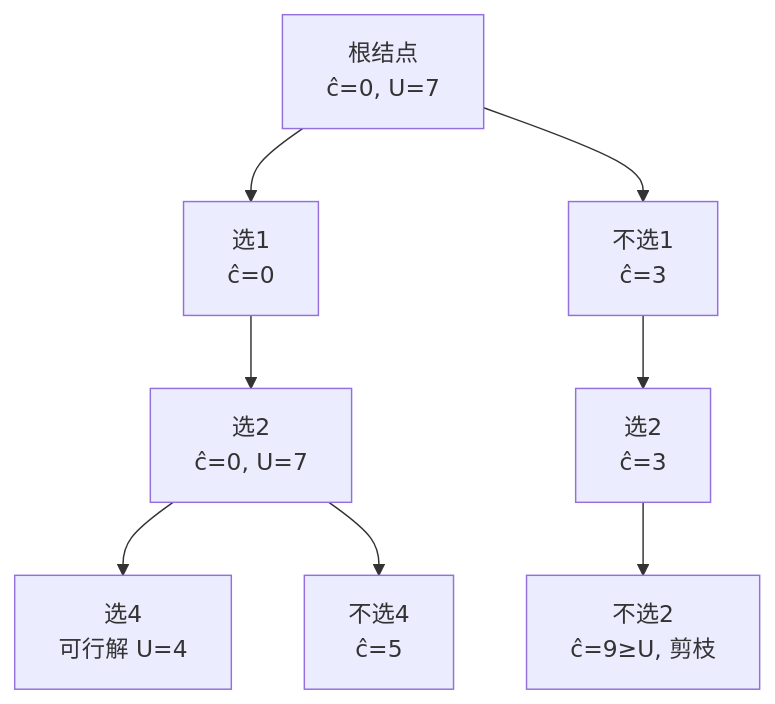
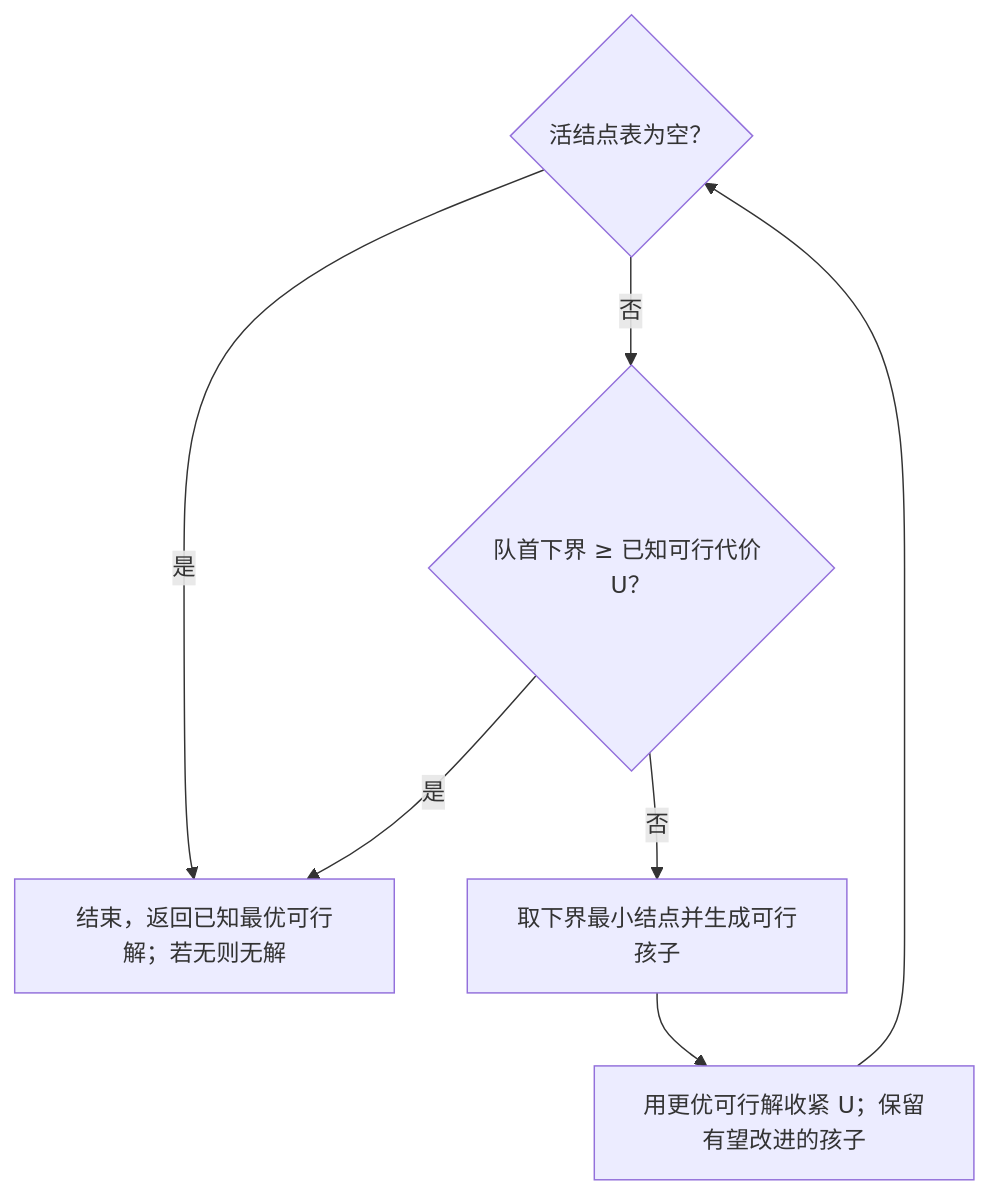
One commit to hicancan/njupt-knowledge changed the diagram in topics/算法分析/LC分枝限界法.md. Above: the diagram before and after it, drawn with Mermaid. The commit also changed other lines of this file and 6 other files, not shown here.

````diff
--- a/topics/算法分析/LC分枝限界法.md
+++ b/topics/算法分析/LC分枝限界法.md
@@ -63,10 +25,9 @@
 ```mermaid
 flowchart TD
-    A["根结点\nĉ=0, U=7"] --> B["选1\nĉ=0"]
-    A --> C["不选1\nĉ=3"]
-    B --> D["选2\nĉ=0, U=7"]
-    D --> E["选4\n可行解 U=4"]
-    D --> F["不选4\nĉ=5"]
-    C --> G["选2\nĉ=3"]
-    G --> H["不选2\nĉ=9≥U, 剪枝"]
+    A{"活结点表为空？"} -- 是 --> E["结束，返回已知最优可行解；若无则无解"]
+    A -- 否 --> B{"队首下界 ≥ 已知可行代价 U？"}
+    B -- 是 --> E
+    B -- 否 --> C["取下界最小结点并生成可行孩子"]
+    C --> D["用更优可行解收紧 U；保留有望改进的孩子"]
+    D --> A
 ```
````
